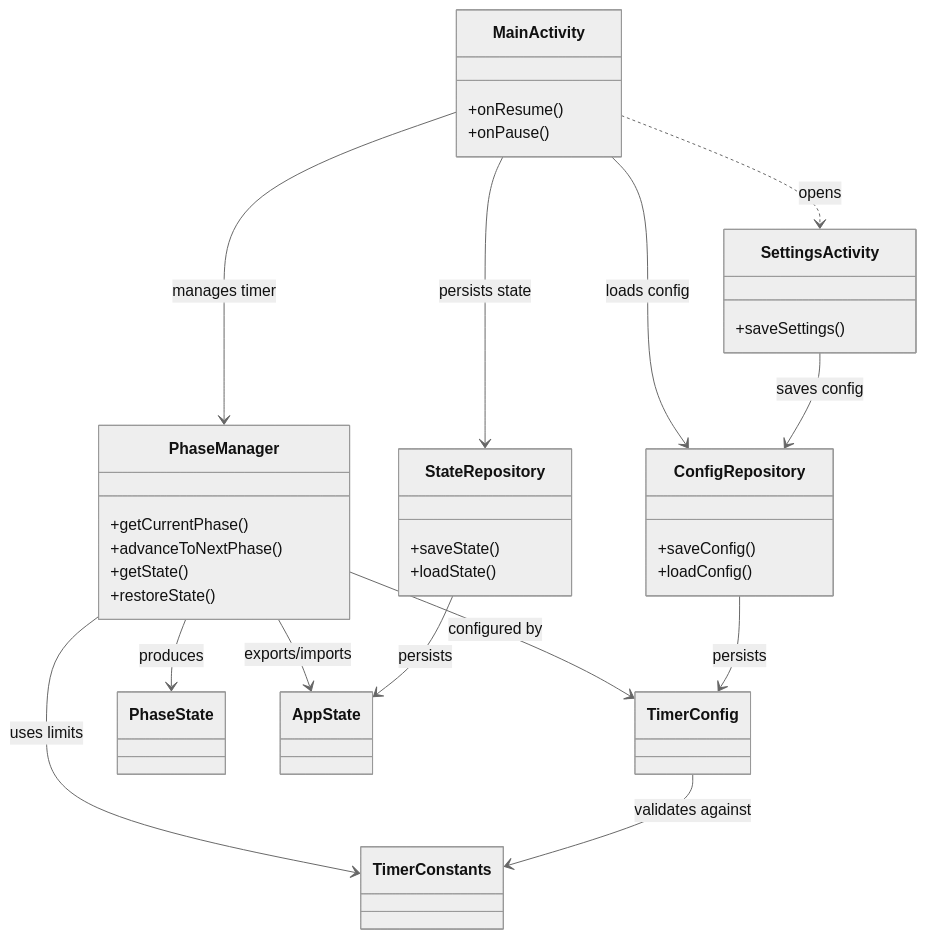
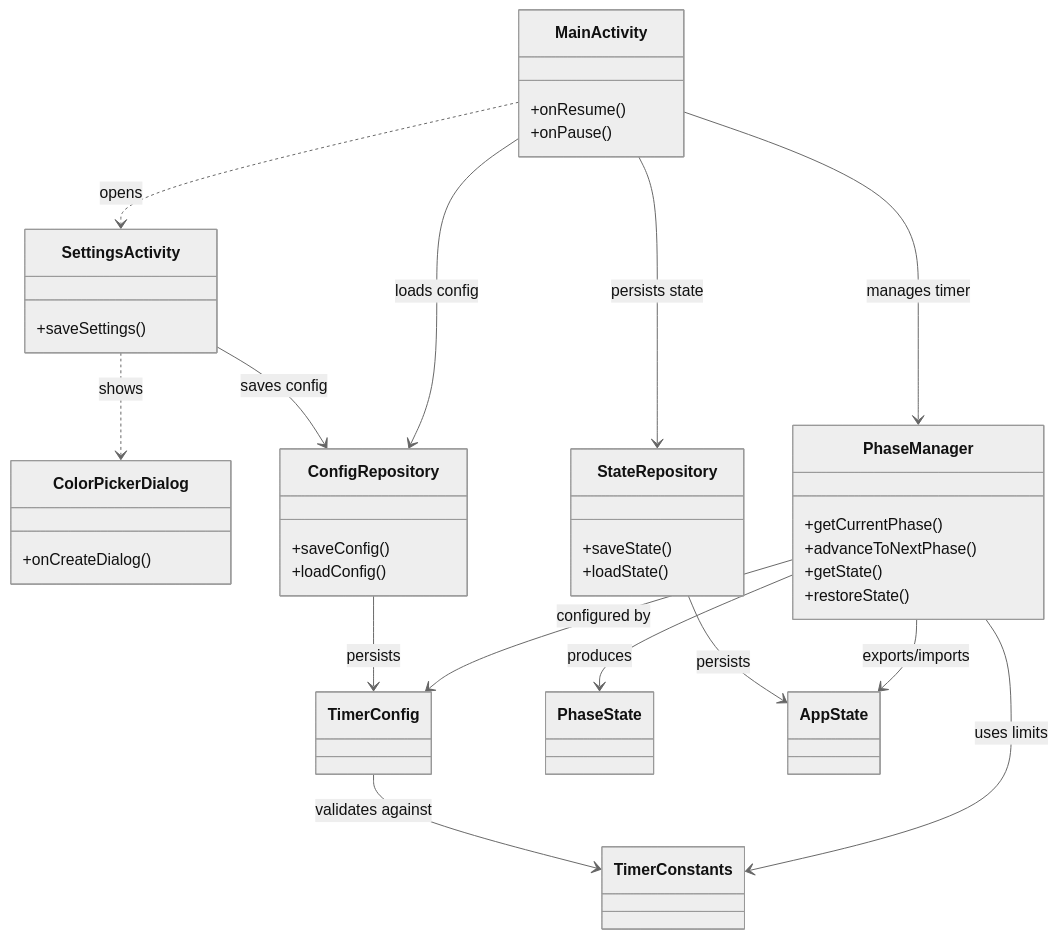
Before and after one commit to beavuck/stop-and-go: the diagram in docs/general-architecture.md, drawn with Mermaid (neutral theme). The commit also changed other lines of this file and 23 other files, not shown here.

````diff
--- a/docs/general-architecture.md
+++ b/docs/general-architecture.md
@@ -3,56 +3,62 @@
 ```mermaid
 classDiagram
     direction TB
 
     %% Activities
     class MainActivity {
         +onResume()
         +onPause()
     }
 
     class SettingsActivity {
         +saveSettings()
+    }
+
+    %% Dialogs
+    class ColorPickerDialog {
+        +onCreateDialog()
     }
 
     %% Core Model
     class PhaseManager {
         +getCurrentPhase()
         +advanceToNextPhase()
         +getState()
         +restoreState()
     }
 
     class TimerConfig
     class PhaseState
     class AppState
     class TimerConstants
 
     %% Repositories
     class ConfigRepository {
         +saveConfig()
         +loadConfig()
     }
 
     class StateRepository {
         +saveState()
         +loadState()
     }
 
     %% Relationships
     MainActivity --> PhaseManager : manages timer
     MainActivity --> ConfigRepository : loads config
     MainActivity --> StateRepository : persists state
     MainActivity ..> SettingsActivity : opens
 
     SettingsActivity --> ConfigRepository : saves config
+    SettingsActivity ..> ColorPickerDialog : shows
 
     PhaseManager --> TimerConfig : configured by
     PhaseManager --> PhaseState : produces
     PhaseManager --> AppState : exports/imports
     PhaseManager --> TimerConstants : uses limits
 
     ConfigRepository --> TimerConfig : persists
     StateRepository --> AppState : persists
 
     TimerConfig --> TimerConstants : validates against
 ```
````
